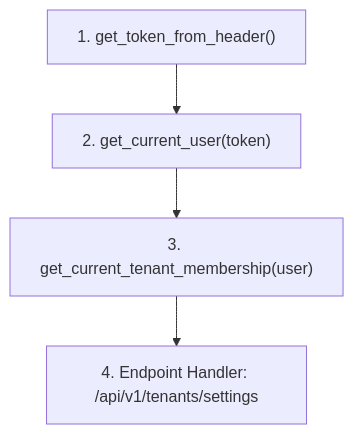
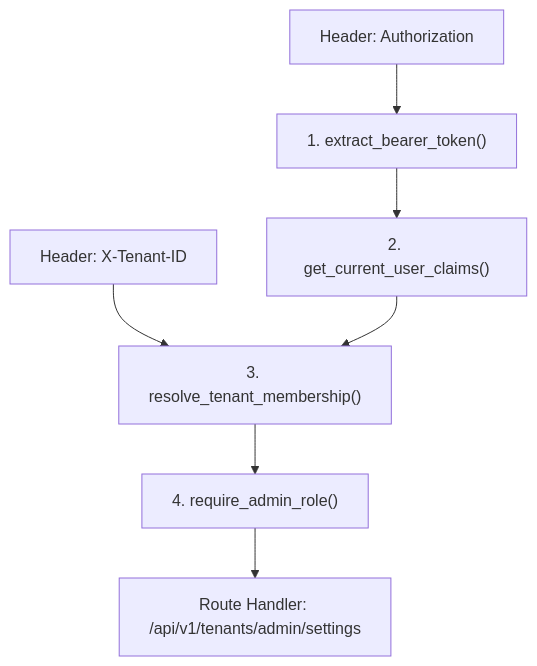
The second of 8 diagrams in Python_FastAPI_AI_Architect/14_Module_14_Dependency_Injection_and_Security.md (primecoderIN/learning-docs), drawn with Mermaid before and after one commit. The commit also changed other lines of this file and 21 other files, not shown here.

````diff
--- a/Python_FastAPI_AI_Architect/14_Module_14_Dependency_Injection_and_Security.md
+++ b/Python_FastAPI_AI_Architect/14_Module_14_Dependency_Injection_and_Security.md
@@ -145,6 +244,9 @@
 ```mermaid
 flowchart TD
-    Token["1. get_token_from_header()"] --> User["2. get_current_user(token)"]
-    User --> Tenant["3. get_current_tenant_membership(user)"]
-    Tenant --> Endpoint["4. Endpoint Handler: /api/v1/tenants/settings"]
+    H["Header: Authorization"] --> T["1. extract_bearer_token()"]
+    T --> U["2. get_current_user_claims()"]
+    H_Tenant["Header: X-Tenant-ID"] --> M["3. resolve_tenant_membership()"]
+    U --> M
+    M --> R["4. require_admin_role()"]
+    R --> Endpoint["Route Handler: /api/v1/tenants/admin/settings"]
 ```
````
